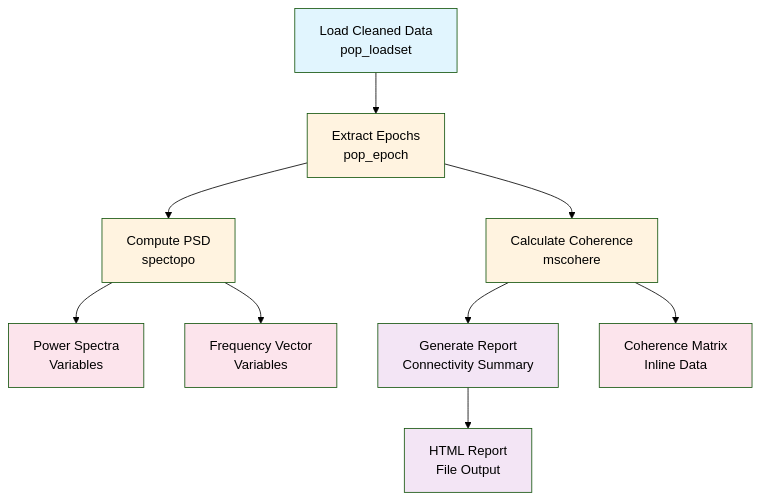
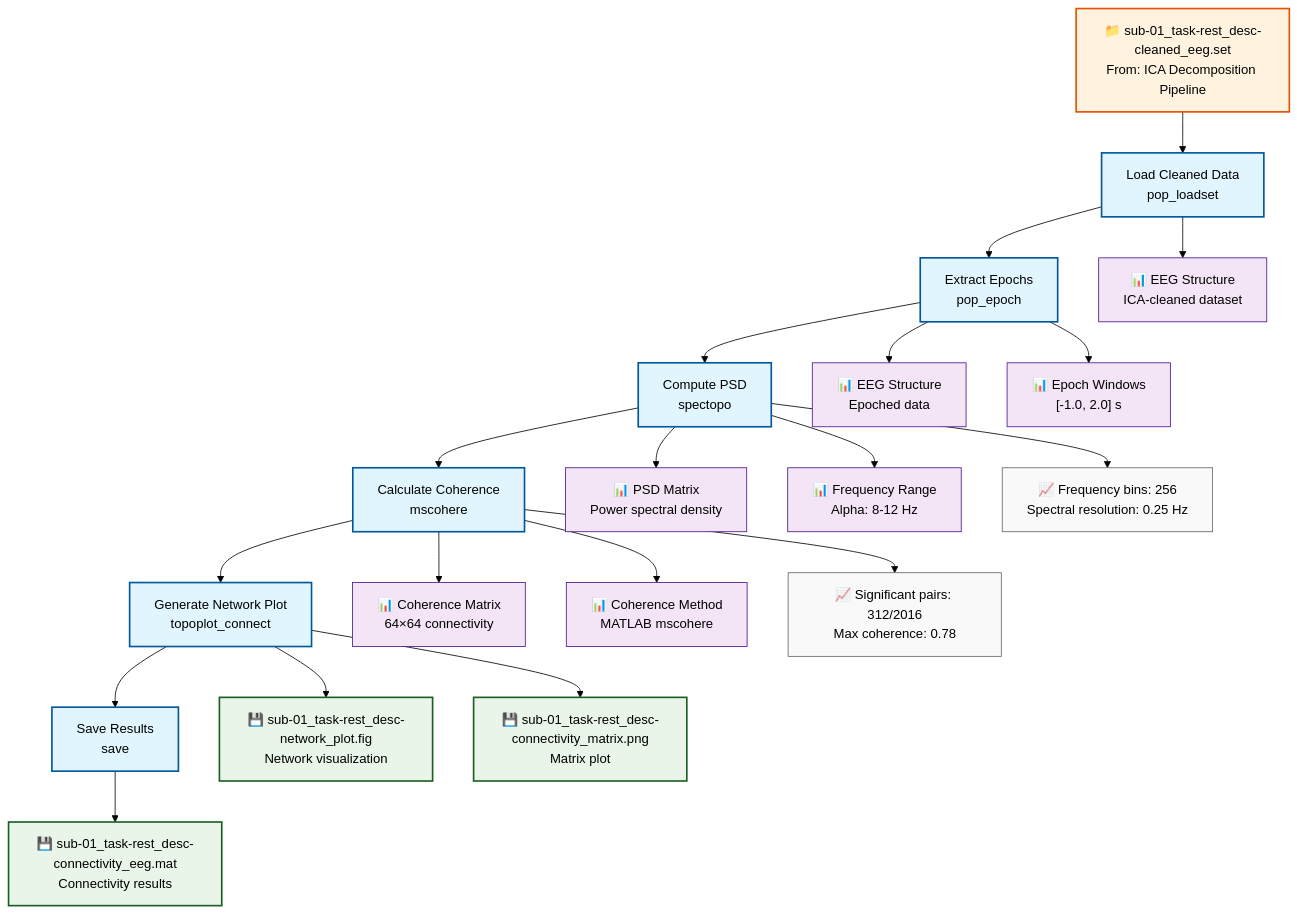
The diagram in docs/examples/connectivity_eeglab.md (signalJourney/signalJourney), drawn with Mermaid (forest theme) before and after one commit. The commit also changed other lines of this file and 1 other file, not shown here.

First line of the commit message:
Enhance connectivity analysis examples with comprehensive styling

````diff
--- a/docs/examples/connectivity_eeglab.md
+++ b/docs/examples/connectivity_eeglab.md
@@ -16,22 +16,44 @@
 ```mermaid
 flowchart TD
     A[Load Cleaned Data<br/>pop_loadset] --> B[Extract Epochs<br/>pop_epoch]
     B --> C[Compute PSD<br/>spectopo]
-    B --> D[Calculate Coherence<br/>mscohere]
-    D --> E[Generate Report<br/>Connectivity Summary]
+    C --> D[Calculate Coherence<br/>mscohere]
+    D --> E[Generate Network Plot<br/>topoplot_connect]
+    E --> F[Save Results<br/>save]
     
-    C --> F[Power Spectra<br/>Variables]
-    C --> G[Frequency Vector<br/>Variables]
-    D --> H[Coherence Matrix<br/>Inline Data]
-    E --> I[HTML Report<br/>File Output]
+    %% Input from ICA pipeline
+    G["📁 sub-01_task-rest_desc-cleaned_eeg.set<br/>From: ICA Decomposition Pipeline"] --> A
     
-    style A fill:#e1f5fe
-    style E fill:#f3e5f5
-    style I fill:#f3e5f5
-    style B fill:#fff3e0
-    style C fill:#fff3e0
-    style D fill:#fff3e0
-    style F fill:#fce4ec
-    style G fill:#fce4ec
-    style H fill:#fce4ec
+    %% Intermediate outputs  
+    A --> A1["📊 EEG Structure<br/>ICA-cleaned dataset"]
+    B --> B1["📊 EEG Structure<br/>Epoched data"]
+    C --> C1["📊 PSD Matrix<br/>Power spectral density"]
+    D --> D1["📊 Coherence Matrix<br/>64×64 connectivity"]
+    
+    %% Analysis parameters
+    B --> V1["📊 Epoch Windows<br/>[-1.0, 2.0] s"]
+    C --> V2["📊 Frequency Range<br/>Alpha: 8-12 Hz"]
+    D --> V3["📊 Coherence Method<br/>MATLAB mscohere"]
+    
+    %% Final outputs
+    F --> H["💾 sub-01_task-rest_desc-connectivity_eeg.mat<br/>Connectivity results"]
+    E --> I["💾 sub-01_task-rest_desc-network_plot.fig<br/>Network visualization"]
+    E --> J["💾 sub-01_task-rest_desc-connectivity_matrix.png<br/>Matrix plot"]
+    
+    %% Quality metrics
+    C --> Q1["📈 Frequency bins: 256<br/>Spectral resolution: 0.25 Hz"]
+    D --> Q2["📈 Significant pairs: 312/2016<br/>Max coherence: 0.78"]
+
+    %% Styling
+    classDef processStep fill:#e1f5fe,stroke:#01579b,stroke-width:2px
+    classDef inputFile fill:#fff3e0,stroke:#e65100,stroke-width:2px
+    classDef outputFile fill:#e8f5e8,stroke:#1b5e20,stroke-width:2px
+    classDef inlineData fill:#f3e5f5,stroke:#4a148c,stroke-width:1px
+    classDef qualityMetric fill:#f9f9f9,stroke:#666,stroke-width:1px
+
+    class A,B,C,D,E,F processStep
+    class G inputFile
+    class H,I,J outputFile
+    class A1,B1,C1,D1,V1,V2,V3 inlineData
+    class Q1,Q2 qualityMetric
 ```
````
